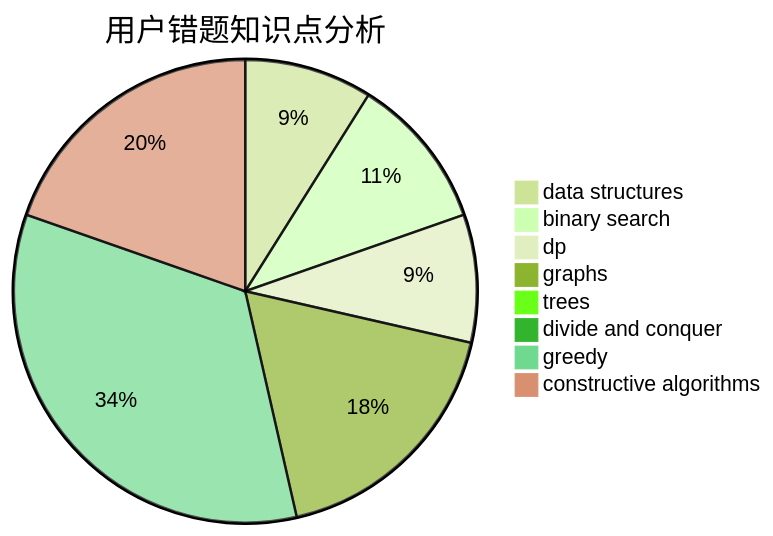
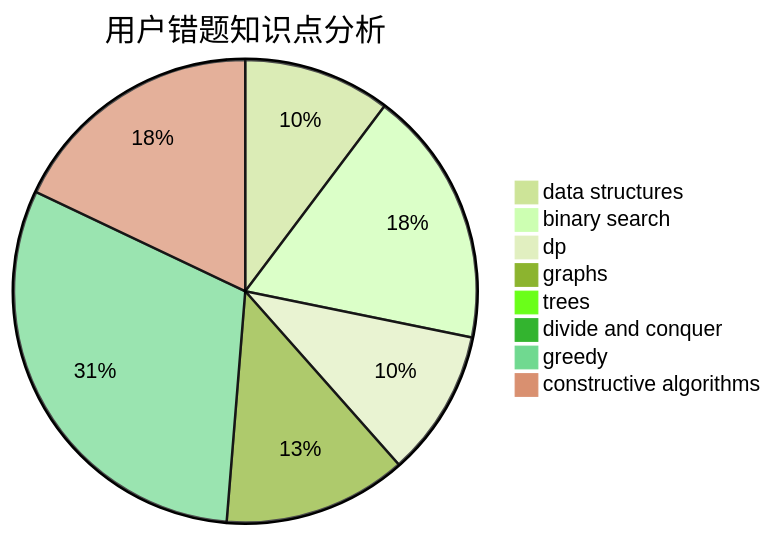
One commit to sherpahu/cfrs.github.io changed the third of 3 diagrams in docs/user/u2059.md. Above: the diagram before and after it, drawn with Mermaid (forest theme). The commit also changed other lines of this file and 2770 other files, not shown here.

````diff
--- a/docs/user/u2059.md
+++ b/docs/user/u2059.md
@@ -36,11 +36,11 @@
 ```mermaid
 pie title 用户错题知识点分析
-    "data structures" :  5
-    "binary search" :  6
-    "dp" :  5
+    "data structures" :  8
+    "binary search" :  14
+    "dp" :  8
     "graphs" :  10
     "trees" :  0
     "divide and conquer" :  0
-    "greedy" :  19
-    "constructive algorithms" :  11
+    "greedy" :  24
+    "constructive algorithms" :  14
 ```
````
